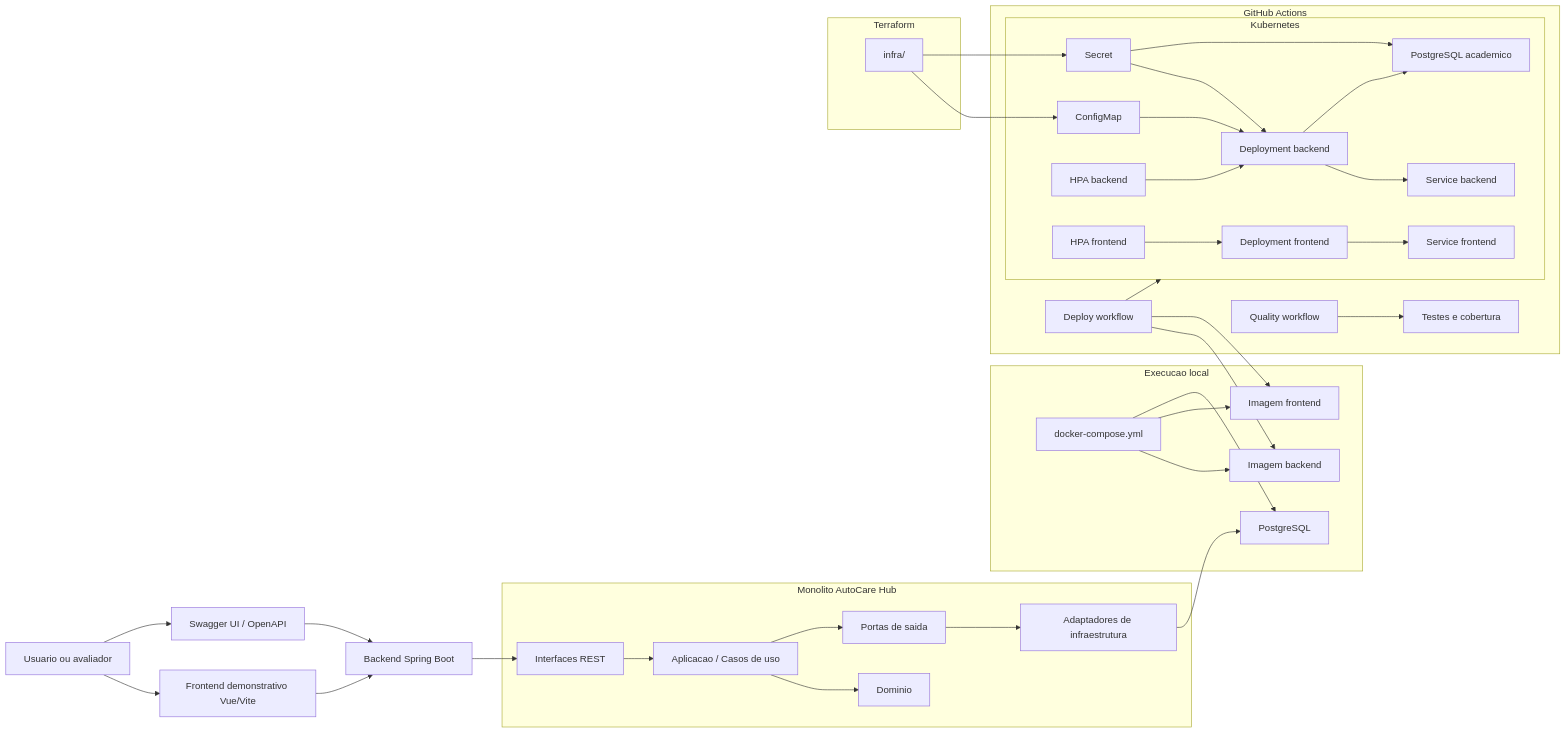
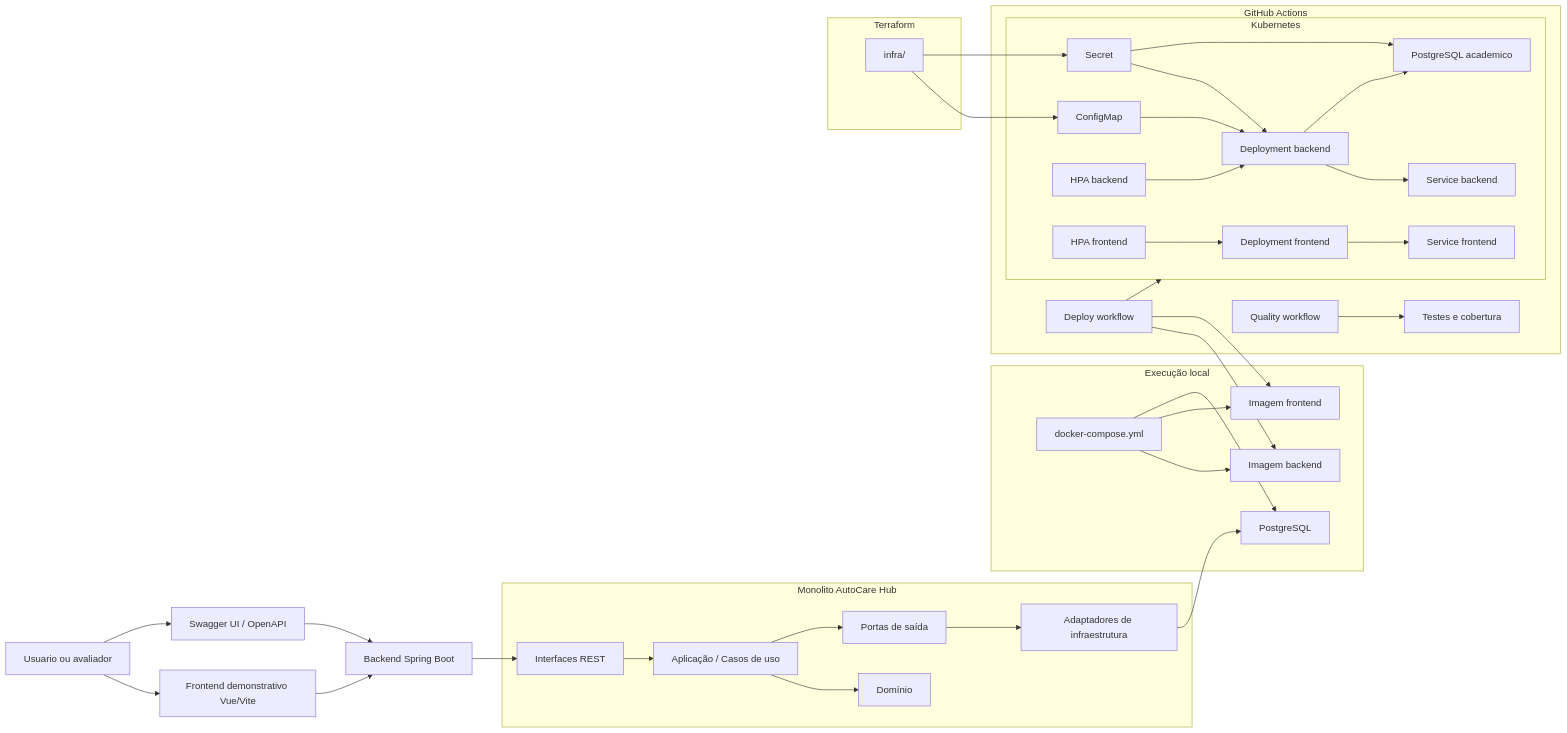
One commit to yxsbx/SOAT-FIAP changed the diagram in docs/PHASE2_ARCHITECTURE.md. Above: the diagram before and after it, drawn with Mermaid. The commit also changed other lines of this file and 34 other files, not shown here.

````diff
--- a/docs/PHASE2_ARCHITECTURE.md
+++ b/docs/PHASE2_ARCHITECTURE.md
@@ -9,66 +9,66 @@
 ```mermaid
 flowchart LR
     User["Usuario ou avaliador"] --> Web["Frontend demonstrativo Vue/Vite"]
     User --> Swagger["Swagger UI / OpenAPI"]
     Web --> Api["Backend Spring Boot"]
     Swagger --> Api
 
     subgraph App["Monolito AutoCare Hub"]
         Controllers["Interfaces REST"]
-        UseCases["Aplicacao / Casos de uso"]
-        Domain["Dominio"]
-        Ports["Portas de saida"]
+        UseCases["Aplicação / Casos de uso"]
+        Domain["Domínio"]
+        Ports["Portas de saída"]
         Adapters["Adaptadores de infraestrutura"]
         Controllers --> UseCases
         UseCases --> Domain
         UseCases --> Ports
         Ports --> Adapters
     end
 
     Api --> Controllers
     Adapters --> Db["PostgreSQL"]
 
-    subgraph Docker["Execucao local"]
+    subgraph Docker["Execução local"]
         Compose["docker-compose.yml"]
         BackendImage["Imagem backend"]
         FrontendImage["Imagem frontend"]
         Compose --> BackendImage
         Compose --> FrontendImage
         Compose --> Db
     end
 
     subgraph K8s["Kubernetes"]
         DeployApi["Deployment backend"]
         DeployWeb["Deployment frontend"]
         SvcApi["Service backend"]
         SvcWeb["Service frontend"]
         ConfigMap["ConfigMap"]
         Secret["Secret"]
         HpaApi["HPA backend"]
         HpaWeb["HPA frontend"]
         Postgres["PostgreSQL academico"]
         DeployApi --> SvcApi
         DeployWeb --> SvcWeb
         ConfigMap --> DeployApi
         Secret --> DeployApi
         Secret --> Postgres
         HpaApi --> DeployApi
         HpaWeb --> DeployWeb
         DeployApi --> Postgres
     end
 
     subgraph IaC["Terraform"]
         Tf["infra/"]
         Tf --> ConfigMap
         Tf --> Secret
     end
 
     subgraph Pipeline["GitHub Actions"]
         Quality["Quality workflow"]
         Deploy["Deploy workflow"]
         Quality --> Tests["Testes e cobertura"]
         Deploy --> BackendImage
         Deploy --> FrontendImage
         Deploy --> K8s
     end
 ```
````
